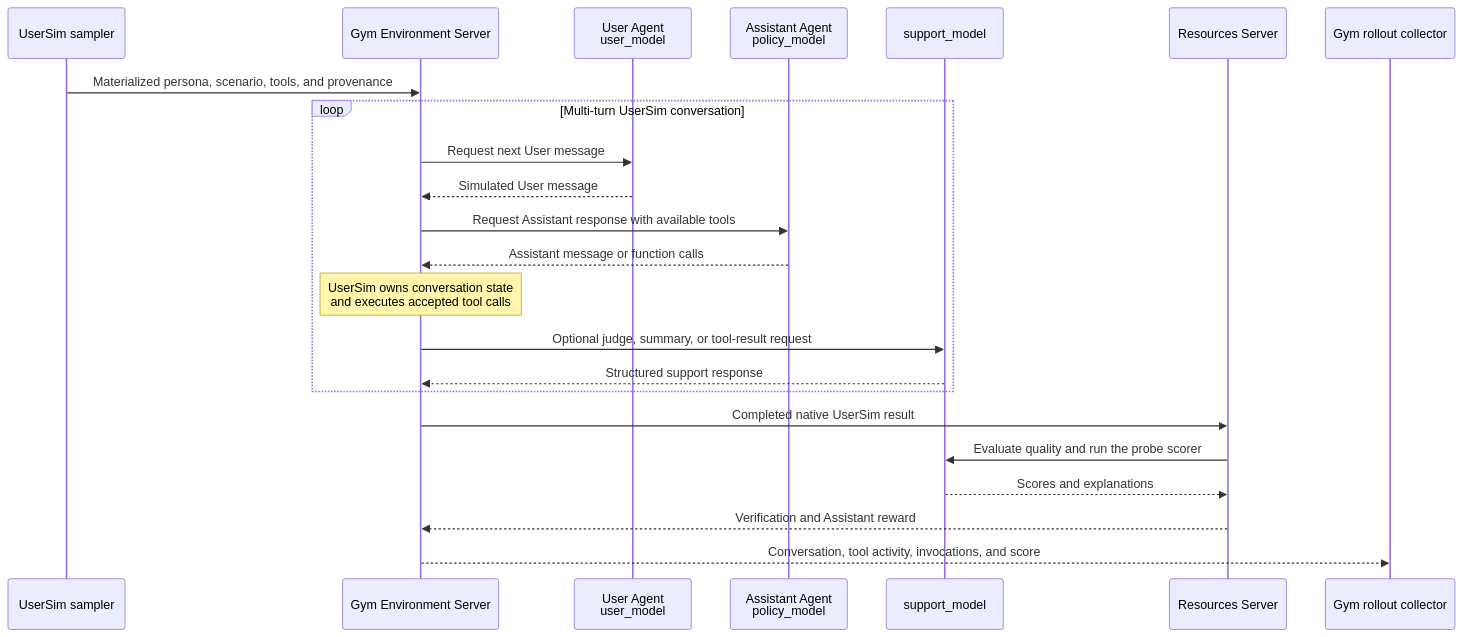
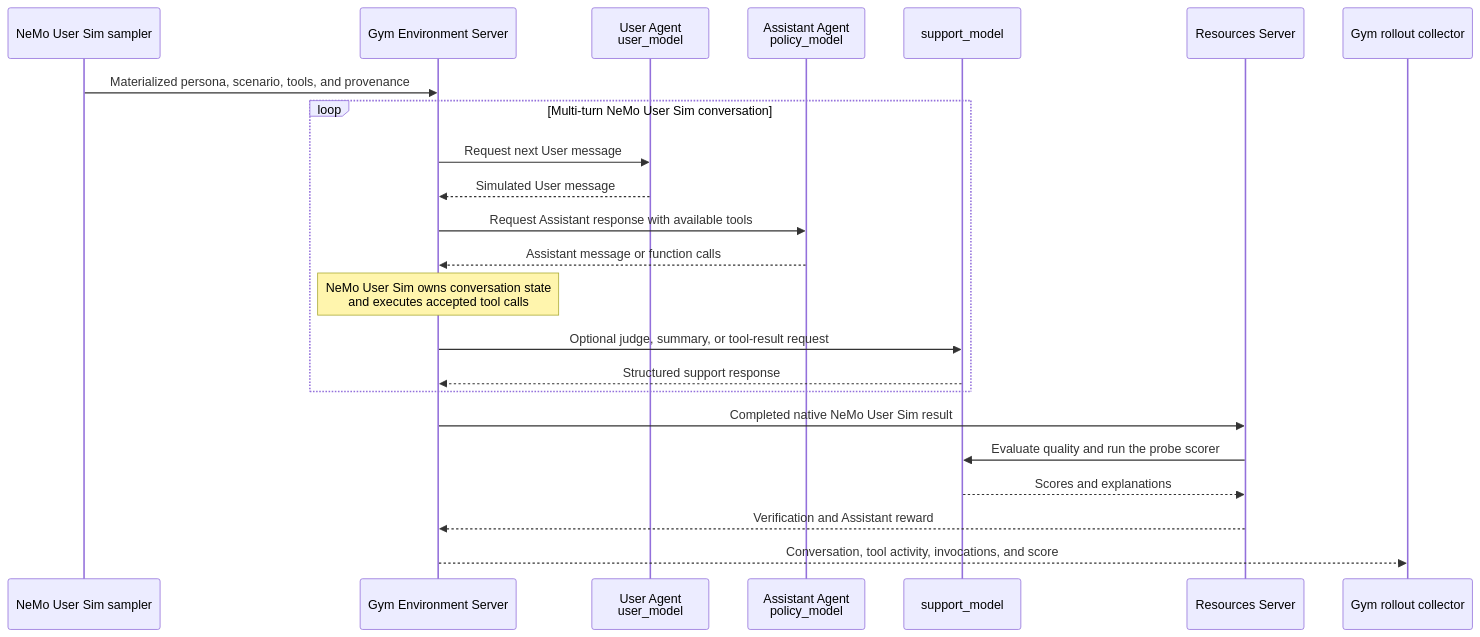
The diagram in fern/versions/latest/pages/evaluation-tutorials/usersim-rollout-collection.mdx (kashif/nemo-gym), drawn with Mermaid before and after one commit. The commit also changed other lines of this file, not shown here.

Commit message:
docs(usersim): standardize NeMo User Sim name

````diff
--- a/fern/versions/latest/pages/evaluation-tutorials/usersim-rollout-collection.mdx
+++ b/fern/versions/latest/pages/evaluation-tutorials/usersim-rollout-collection.mdx
@@ -19,26 +19,26 @@
 ```mermaid
 sequenceDiagram
-    participant P as UserSim sampler
+    participant P as NeMo User Sim sampler
     participant E as Gym Environment Server
     participant U as User Agent<br/>user_model
     participant A as Assistant Agent<br/>policy_model
     participant S as support_model
     participant R as Resources Server
     participant C as Gym rollout collector
 
     P->>E: Materialized persona, scenario, tools, and provenance
-    loop Multi-turn UserSim conversation
+    loop Multi-turn NeMo User Sim conversation
         E->>U: Request next User message
         U-->>E: Simulated User message
         E->>A: Request Assistant response with available tools
         A-->>E: Assistant message or function calls
-        Note over E: UserSim owns conversation state<br/>and executes accepted tool calls
+        Note over E: NeMo User Sim owns conversation state<br/>and executes accepted tool calls
         E->>S: Optional judge, summary, or tool-result request
         S-->>E: Structured support response
     end
-    E->>R: Completed native UserSim result
+    E->>R: Completed native NeMo User Sim result
     R->>S: Evaluate quality and run the probe scorer
     S-->>R: Scores and explanations
     R-->>E: Verification and Assistant reward
     E-->>C: Conversation, tool activity, invocations, and score
 ```
````
